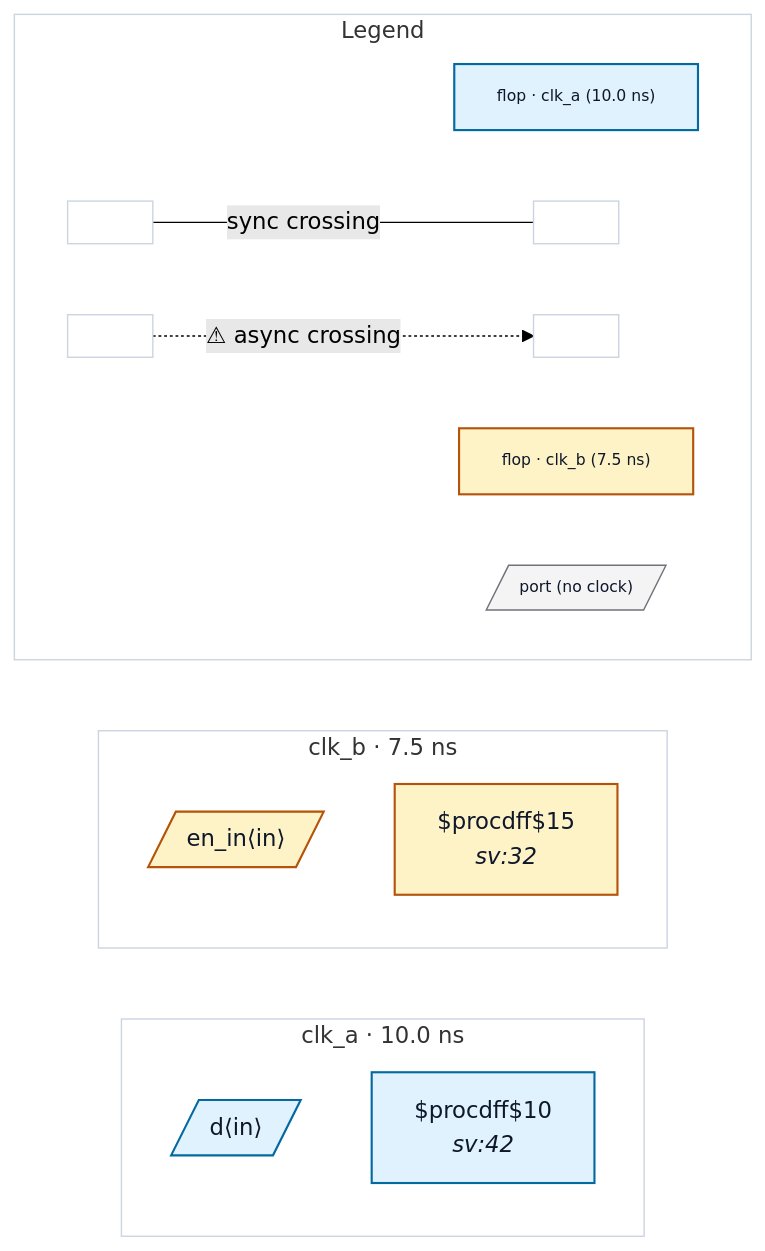
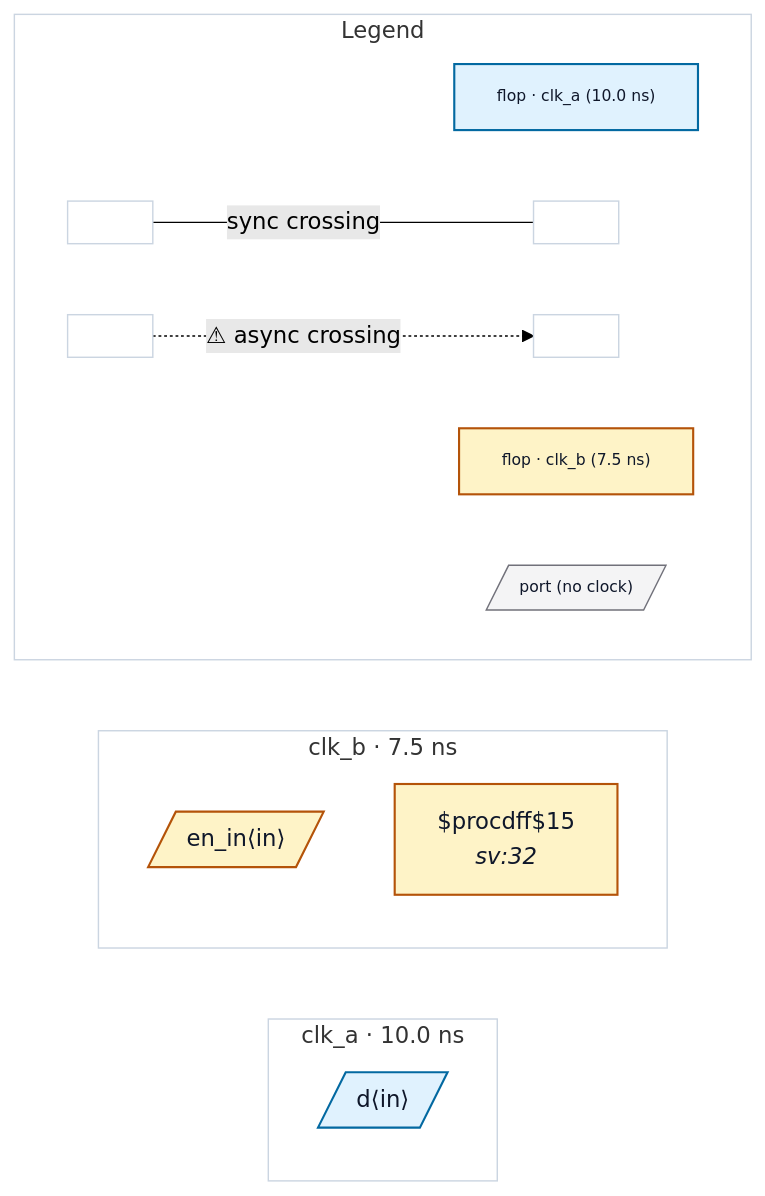
Before and after one commit to rtl-buddy/rtl-buddy-cdc: the diagram in tests/fixtures/bad_clock_gating_async_enable/README.md, drawn with Mermaid (forest theme). The commit also changed 30 other files, not shown here.

````diff
--- a/tests/fixtures/bad_clock_gating_async_enable/README.md
+++ b/tests/fixtures/bad_clock_gating_async_enable/README.md
@@ -20,40 +20,39 @@
 ```mermaid
 %% bad_clock_gating_async_enable — generated by rtl-buddy-cdc render
 flowchart LR
   subgraph clk_clk_a["clk_a · 10.0 ns"]
     direction TB
     p_in_d[/"d⟨in⟩"/]:::ckcls_clk_a
-    f_81f9c4bd["$procdff$10<br/><i>sv:42</i>"]:::ckcls_clk_a
   end
   subgraph clk_clk_b["clk_b · 7.5 ns"]
     direction TB
     p_in_en_in[/"en_in⟨in⟩"/]:::ckcls_clk_b
     f_0f5732e4["$procdff$15<br/><i>sv:32</i>"]:::ckcls_clk_b
   end
   subgraph rb_legend["Legend"]
     direction LR
     lg_clk_clk_a["flop · clk_a (10.0 ns)"]:::ckcls_clk_a
     lg_clk_clk_b["flop · clk_b (7.5 ns)"]:::ckcls_clk_b
     lg_port[/"port (no clock)"/]:::port_unassigned
     lg_sync_a[" "]:::ckcls_legend_neutral
     lg_sync_b[" "]:::ckcls_legend_neutral
     lg_async_a[" "]:::ckcls_legend_neutral
     lg_async_b[" "]:::ckcls_legend_neutral
     lg_sync_a --- |"sync crossing"| lg_sync_b
     lg_async_a -. "⚠ async crossing" .-> lg_async_b
   end
   style clk_clk_a fill:none,stroke:#cbd5e1
   style clk_clk_b fill:none,stroke:#cbd5e1
   style rb_legend fill:none,stroke:#cbd5e1
   style lg_clk_clk_a font-size:11px
   style lg_clk_clk_b font-size:11px
   style lg_port font-size:11px
   style lg_sync_a font-size:11px
   style lg_sync_b font-size:11px
   style lg_async_a font-size:11px
   style lg_async_b font-size:11px
   classDef ckcls_clk_a fill:#e0f2fe,stroke:#0369a1,stroke-width:1.5px,color:#0f172a
   classDef ckcls_clk_b fill:#fef3c7,stroke:#b45309,stroke-width:1.5px,color:#0f172a
   classDef port_unassigned fill:#f4f4f5,stroke:#71717a,color:#0f172a
   classDef ckcls_legend_neutral fill:#ffffff,stroke:#cbd5e1,stroke-width:1px,color:#0f172a
 ```
````
